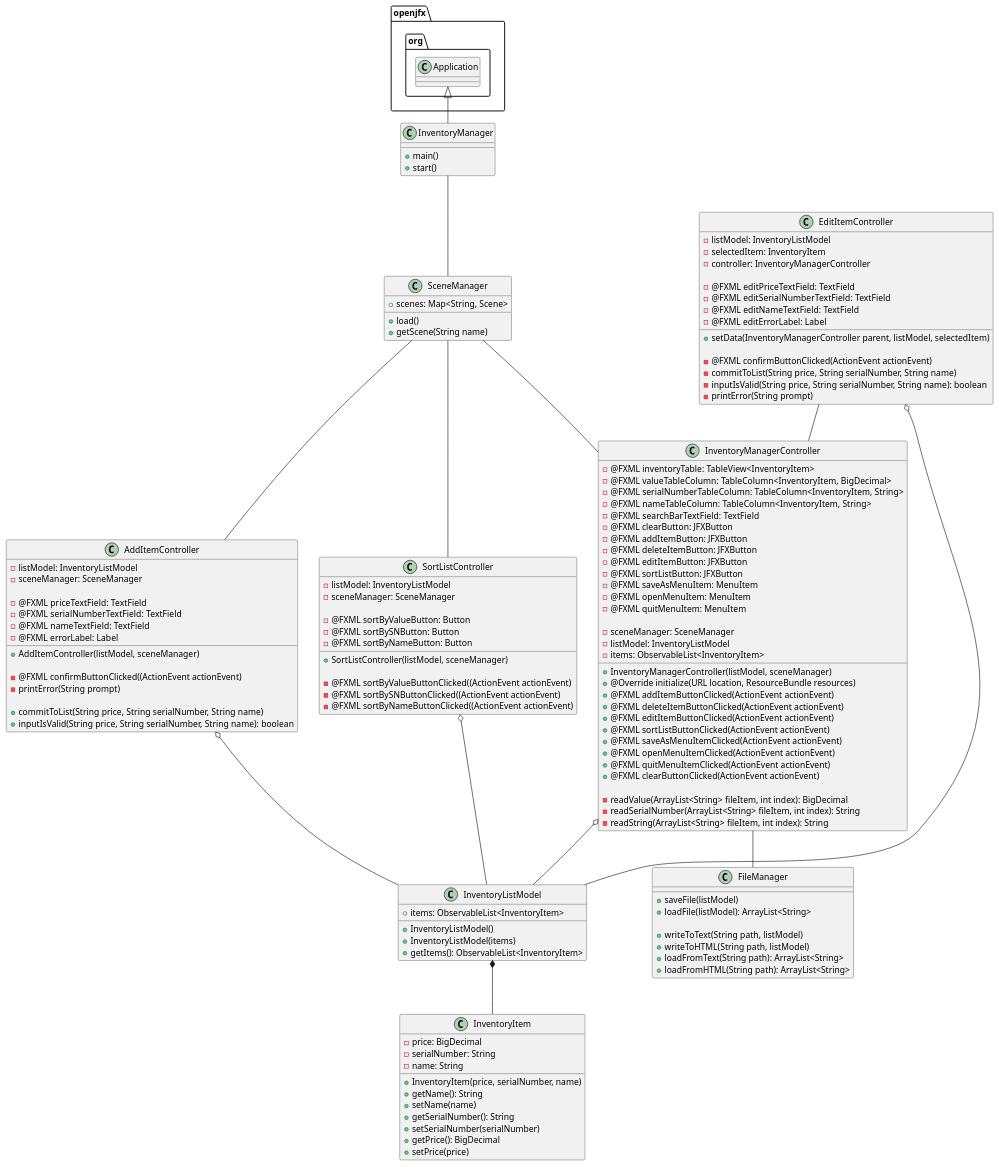
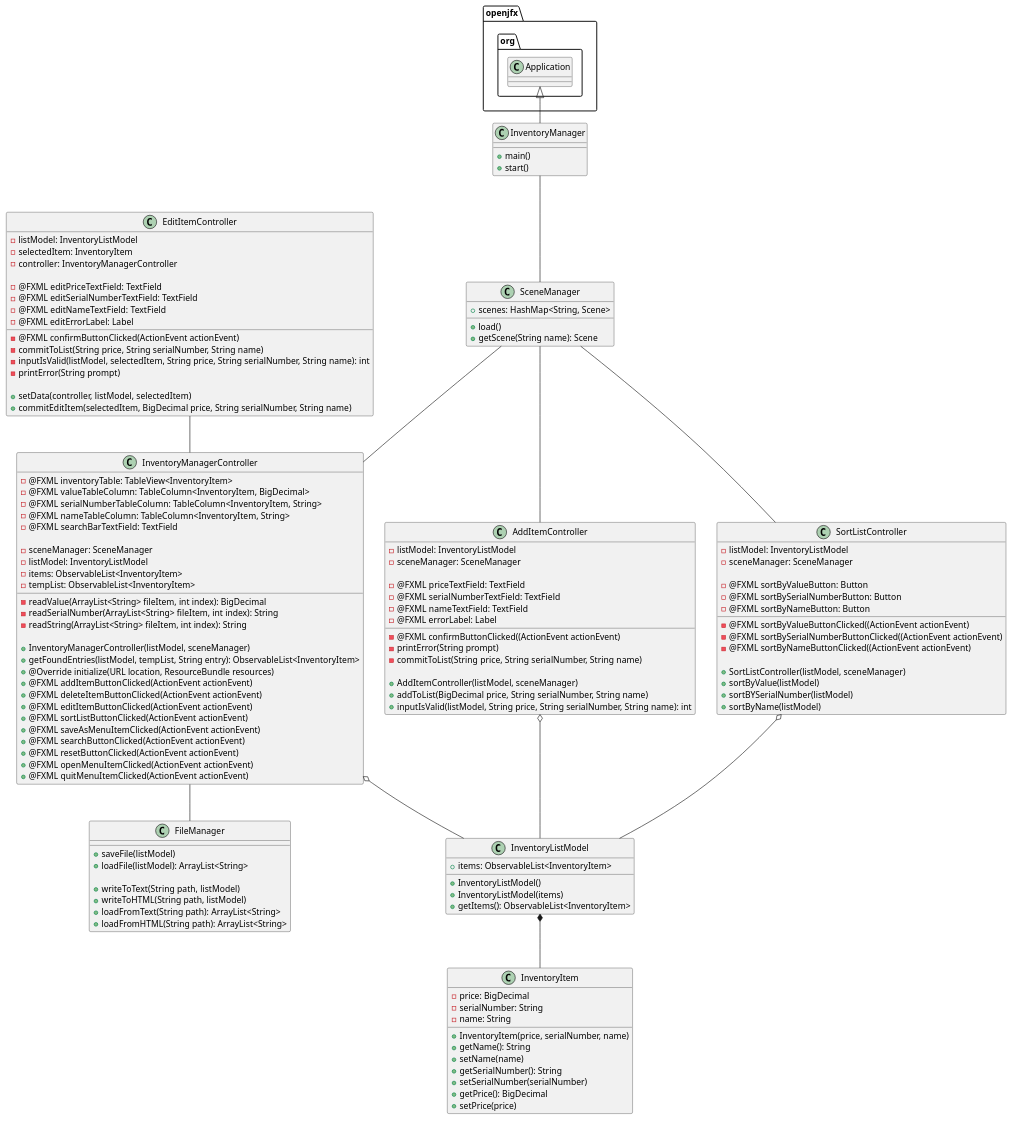
The diagram in uml/InventoryManager.puml (GabrielFernandez14/fernandez-0914-a5), drawn with PlantUML before and after one commit. The commit also changed 1 other file, not shown here.

Commit message:
Final commit.

```diff
--- a/uml/InventoryManager.puml
+++ b/uml/InventoryManager.puml
@@ -1,145 +1,143 @@
 @startuml
 
 class InventoryManager {
     + main()
     + start()
 }
 
 class SceneManager {
-    + scenes: Map<String, Scene>
+    + scenes: HashMap<String, Scene>
 
     + load()
-    + getScene(String name)
+    + getScene(String name): Scene
 }
 
 class InventoryManagerController {
     - @FXML inventoryTable: TableView<InventoryItem>
     - @FXML valueTableColumn: TableColumn<InventoryItem, BigDecimal>
     - @FXML serialNumberTableColumn: TableColumn<InventoryItem, String>
     - @FXML nameTableColumn: TableColumn<InventoryItem, String>
     - @FXML searchBarTextField: TextField
-    - @FXML clearButton: JFXButton
-    - @FXML addItemButton: JFXButton
-    - @FXML deleteItemButton: JFXButton
-    - @FXML editItemButton: JFXButton
-    - @FXML sortListButton: JFXButton
-    - @FXML saveAsMenuItem: MenuItem
-    - @FXML openMenuItem: MenuItem
-    - @FXML quitMenuItem: MenuItem
 
     - sceneManager: SceneManager
     - listModel: InventoryListModel
     - items: ObservableList<InventoryItem>
+    - tempList: ObservableList<InventoryItem>
+
+    - readValue(ArrayList<String> fileItem, int index): BigDecimal
+    - readSerialNumber(ArrayList<String> fileItem, int index): String
+    - readString(ArrayList<String> fileItem, int index): String
 
     + InventoryManagerController(listModel, sceneManager)
+    + getFoundEntries(listModel, tempList, String entry): ObservableList<InventoryItem>
     + @Override initialize(URL location, ResourceBundle resources)
     + @FXML addItemButtonClicked(ActionEvent actionEvent)
     + @FXML deleteItemButtonClicked(ActionEvent actionEvent)
     + @FXML editItemButtonClicked(ActionEvent actionEvent)
     + @FXML sortListButtonClicked(ActionEvent actionEvent)
     + @FXML saveAsMenuItemClicked(ActionEvent actionEvent)
+    + @FXML searchButtonClicked(ActionEvent actionEvent)
+    + @FXML resetButtonClicked(ActionEvent actionEvent)
     + @FXML openMenuItemClicked(ActionEvent actionEvent)
     + @FXML quitMenuItemClicked(ActionEvent actionEvent)
-    + @FXML clearButtonClicked(ActionEvent actionEvent)
-
-    - readValue(ArrayList<String> fileItem, int index): BigDecimal
-    - readSerialNumber(ArrayList<String> fileItem, int index): String
-    - readString(ArrayList<String> fileItem, int index): String
 }
 
 class InventoryListModel {
     + items: ObservableList<InventoryItem>
 
     + InventoryListModel()
     + InventoryListModel(items)
     + getItems(): ObservableList<InventoryItem>
 }
 
 class InventoryItem {
     - price: BigDecimal
     - serialNumber: String
     - name: String
 
     + InventoryItem(price, serialNumber, name)
     + getName(): String
     + setName(name)
     + getSerialNumber(): String
     + setSerialNumber(serialNumber)
     + getPrice(): BigDecimal
     + setPrice(price)
 }
 
 class AddItemController {
     - listModel: InventoryListModel
     - sceneManager: SceneManager
 
     - @FXML priceTextField: TextField
     - @FXML serialNumberTextField: TextField
     - @FXML nameTextField: TextField
     - @FXML errorLabel: Label
 
-    + AddItemController(listModel, sceneManager)
-
     - @FXML confirmButtonClicked((ActionEvent actionEvent)
     - printError(String prompt)
+    - commitToList(String price, String serialNumber, String name)
 
-    + commitToList(String price, String serialNumber, String name)
-    + inputIsValid(String price, String serialNumber, String name): boolean
+    + AddItemController(listModel, sceneManager)
+    + addToList(BigDecimal price, String serialNumber, String name)
+    + inputIsValid(listModel, String price, String serialNumber, String name): int
 }
 
 class EditItemController {
     - listModel: InventoryListModel
     - selectedItem: InventoryItem
     - controller: InventoryManagerController
 
     - @FXML editPriceTextField: TextField
     - @FXML editSerialNumberTextField: TextField
     - @FXML editNameTextField: TextField
     - @FXML editErrorLabel: Label
 
-    + setData(InventoryManagerController parent, listModel, selectedItem)
-
     - @FXML confirmButtonClicked(ActionEvent actionEvent)
     - commitToList(String price, String serialNumber, String name)
-    - inputIsValid(String price, String serialNumber, String name): boolean
+    - inputIsValid(listModel, selectedItem, String price, String serialNumber, String name): int
     - printError(String prompt)
+
+    + setData(controller, listModel, selectedItem)
+    + commitEditItem(selectedItem, BigDecimal price, String serialNumber, String name)
 }
 
 class SortListController {
     - listModel: InventoryListModel
     - sceneManager: SceneManager
 
     - @FXML sortByValueButton: Button
-    - @FXML sortBySNButton: Button
+    - @FXML sortBySerialNumberButton: Button
     - @FXML sortByNameButton: Button
 
+    - @FXML sortByValueButtonClicked((ActionEvent actionEvent)
+    - @FXML sortBySerialNumberButtonClicked((ActionEvent actionEvent)
+    - @FXML sortByNameButtonClicked((ActionEvent actionEvent)
+
     + SortListController(listModel, sceneManager)
-
-    - @FXML sortByValueButtonClicked((ActionEvent actionEvent)
-    - @FXML sortBySNButtonClicked((ActionEvent actionEvent)
-    - @FXML sortByNameButtonClicked((ActionEvent actionEvent)
+    + sortByValue(listModel)
+    + sortBYSerialNumber(listModel)
+    + sortByName(listModel)
 }
 
 class FileManager {
     + saveFile(listModel)
     + loadFile(listModel): ArrayList<String>
 
     + writeToText(String path, listModel)
     + writeToHTML(String path, listModel)
     + loadFromText(String path): ArrayList<String>
     + loadFromHTML(String path): ArrayList<String>
 }
 
 openjfx.org.Application <|-- InventoryManager
 InventoryManager -- SceneManager
 SceneManager -- InventoryManagerController
 SceneManager -- AddItemController
 SceneManager -- SortListController
 EditItemController -- InventoryManagerController
 InventoryManagerController o-- InventoryListModel
 InventoryManagerController -- FileManager
 AddItemController o-- InventoryListModel
-EditItemController o-- InventoryListModel
 SortListController o-- InventoryListModel
-InventoryListModel *== InventoryItem
+InventoryListModel *-- InventoryItem
 @enduml
```
